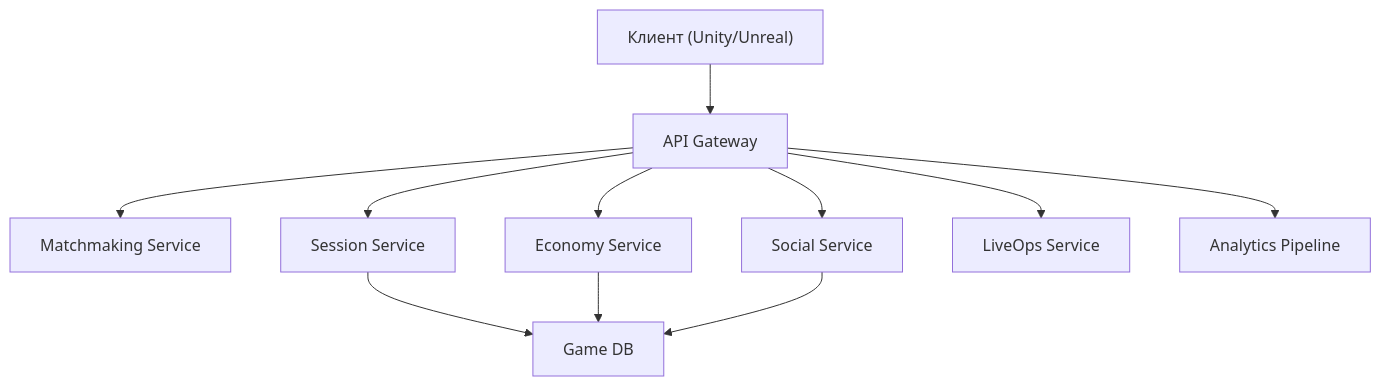
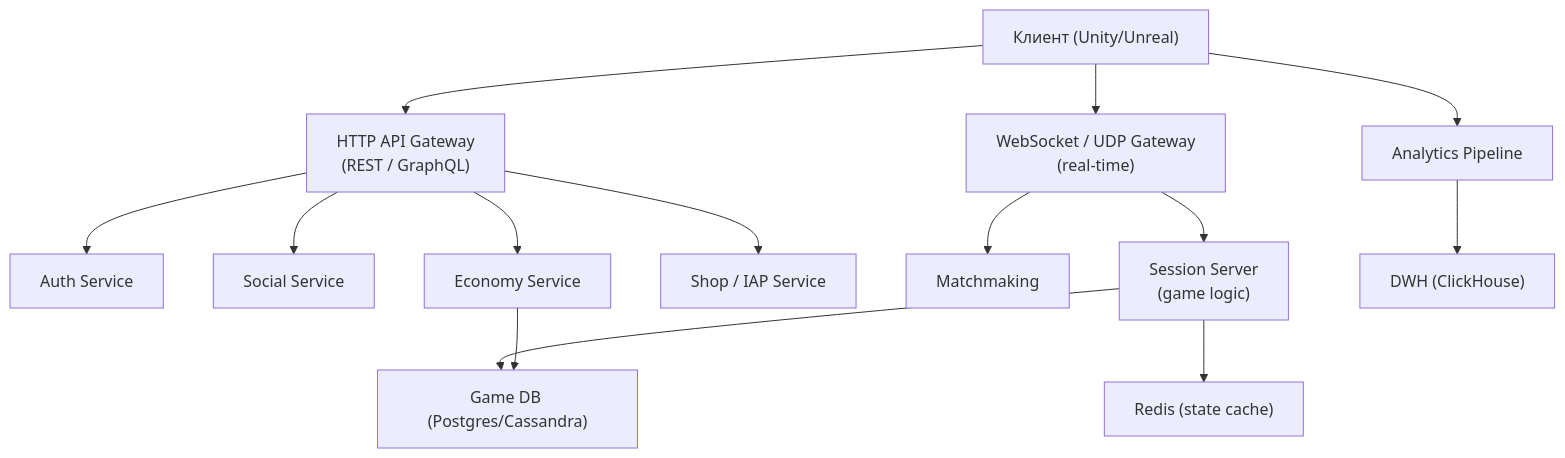
Before and after one commit to sergeyodnoval-bot/sysanalyst-kb.github.io: the second of 3 diagrams in docs/specialization/gamedev-architecture.md, drawn with Mermaid. The commit also changed other lines of this file and 7 other files, not shown here.

````diff
--- a/docs/specialization/gamedev-architecture.md
+++ b/docs/specialization/gamedev-architecture.md
@@ -22,14 +128,17 @@
 ```mermaid
 flowchart TD
     CLIENT["Клиент (Unity/Unreal)"]
-    CLIENT --> API["API Gateway"]
-    API --> MATCH["Matchmaking Service"]
-    API --> SESSION["Session Service"]
-    API --> ECON["Economy Service"]
+    CLIENT --> API["HTTP API Gateway<br/>(REST / GraphQL)"]
+    CLIENT --> WS["WebSocket / UDP Gateway<br/>(real-time)"]
+    API --> AUTH["Auth Service"]
     API --> SOCIAL["Social Service"]
-    API --> LOPS["LiveOps Service"]
-    API --> ANALYTICS["Analytics Pipeline"]
-    SESSION --> DB["Game DB"]
-    ECON --> DB
-    SOCIAL --> DB
+    API --> ECONOMY["Economy Service"]
+    API --> SHOP["Shop / IAP Service"]
+    WS --> MATCH["Matchmaking"]
+    WS --> SESSION["Session Server<br/>(game logic)"]
+    SESSION --> CACHE["Redis (state cache)"]
+    SESSION --> DB["Game DB (Postgres/Cassandra)"]
+    ECONOMY --> DB
+    ANALYTICS["Analytics Pipeline"] --> DWH["DWH (ClickHouse)"]
+    CLIENT --> ANALYTICS
 ```
````
